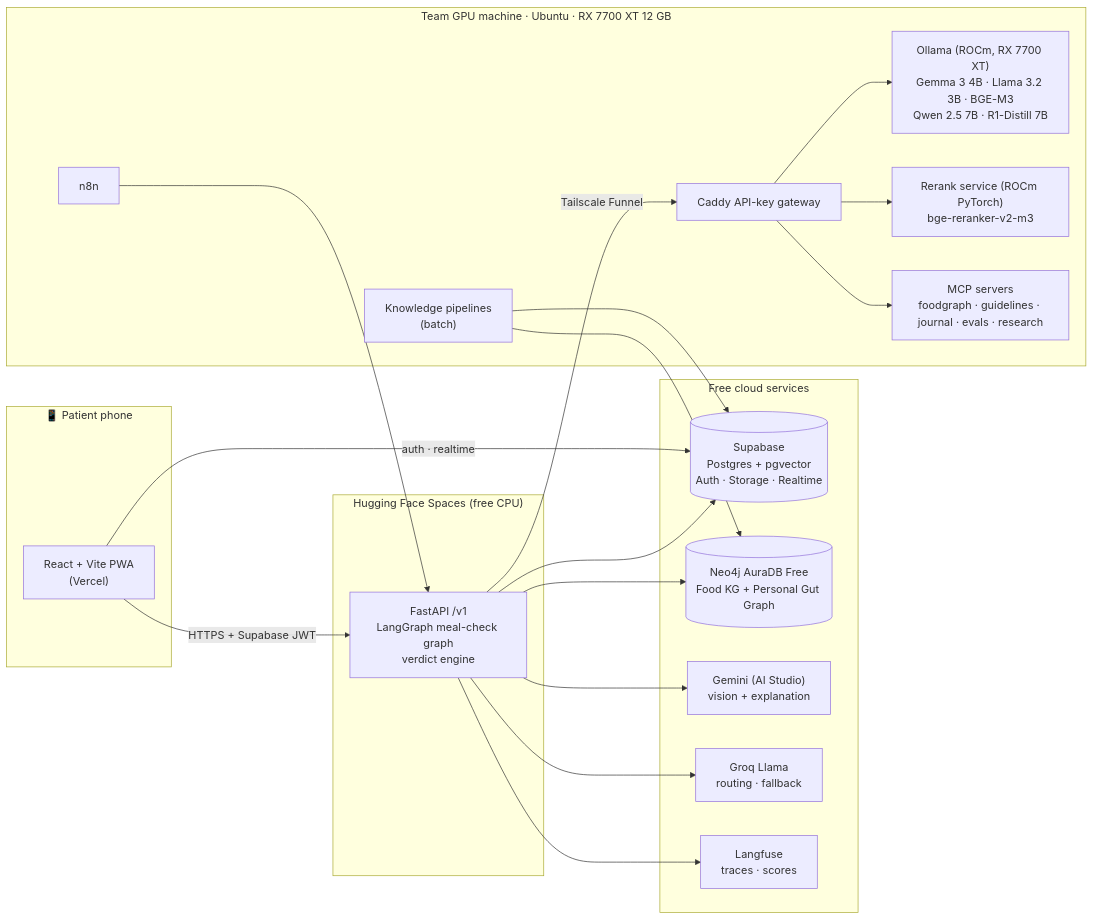
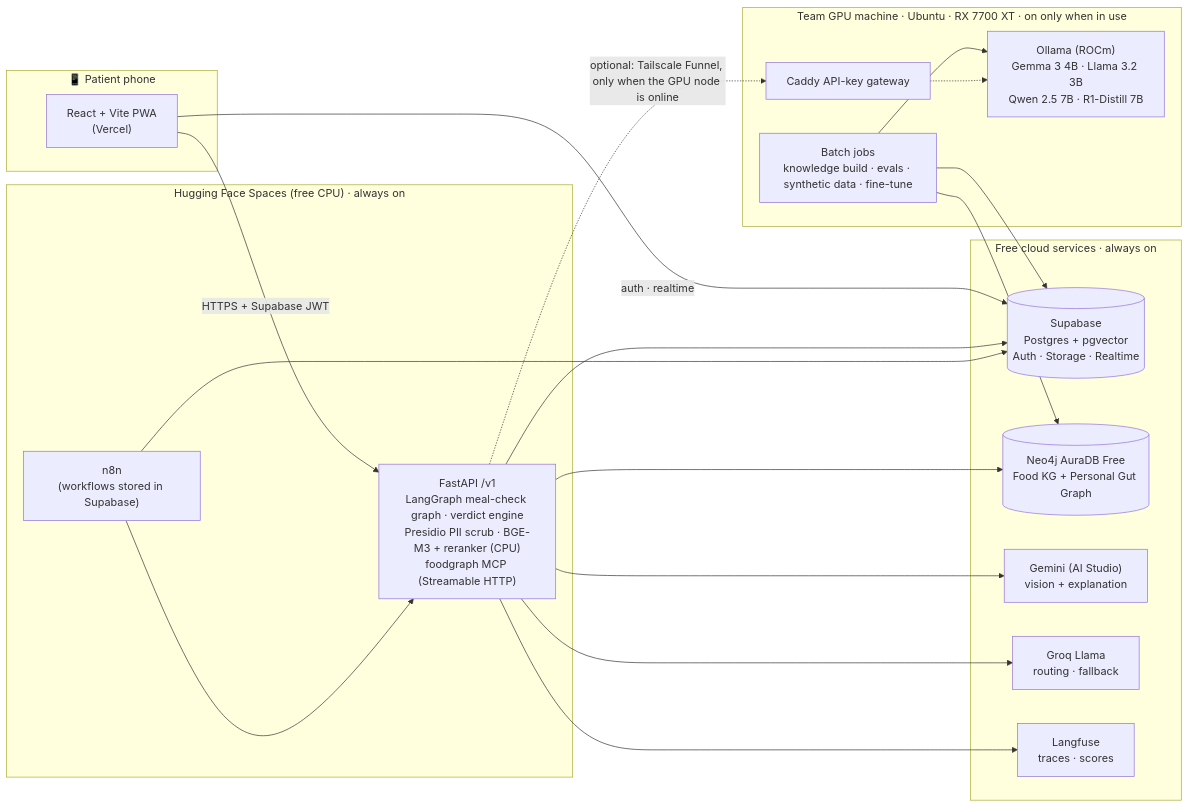
One commit to RyanAhmed911/HappyGut changed the first of 2 diagrams in docs/02-architecture.md. Above: the diagram before and after it, drawn with Mermaid. The commit also changed other lines of this file and 13 other files, not shown here.

First line of the commit message:
Cloud-first runtime: the live app never depends on the GPU machine

````diff
--- a/docs/02-architecture.md
+++ b/docs/02-architecture.md
@@ -7,38 +7,36 @@
 ```mermaid
 flowchart LR
     subgraph Phone["📱 Patient phone"]
         PWA["React + Vite PWA<br/>(Vercel)"]
     end
-    subgraph HF["Hugging Face Spaces (free CPU)"]
-        API["FastAPI /v1<br/>LangGraph meal-check graph<br/>verdict engine"]
+    subgraph HF["Hugging Face Spaces (free CPU) · always on"]
+        API["FastAPI /v1<br/>LangGraph meal-check graph · verdict engine<br/>Presidio PII scrub · BGE-M3 + reranker (CPU)<br/>foodgraph MCP (Streamable HTTP)"]
+        N8N["n8n<br/>(workflows stored in Supabase)"]
     end
-    subgraph Cloud["Free cloud services"]
+    subgraph Cloud["Free cloud services · always on"]
         SB[("Supabase<br/>Postgres + pgvector<br/>Auth · Storage · Realtime")]
         NEO[("Neo4j AuraDB Free<br/>Food KG + Personal Gut Graph")]
         GEM["Gemini (AI Studio)<br/>vision + explanation"]
         GROQ["Groq Llama<br/>routing · fallback"]
         LF["Langfuse<br/>traces · scores"]
     end
-    subgraph GPU["Team GPU machine · Ubuntu · RX 7700 XT 12 GB"]
+    subgraph GPU["Team GPU machine · Ubuntu · RX 7700 XT · on only when in use"]
+        PIPE["Batch jobs<br/>knowledge build · evals · synthetic data · fine-tune"]
+        OLL["Ollama (ROCm)<br/>Gemma 3 4B · Llama 3.2 3B<br/>Qwen 2.5 7B · R1-Distill 7B"]
         GW["Caddy API-key gateway"]
-        OLL["Ollama (ROCm, RX 7700 XT)<br/>Gemma 3 4B · Llama 3.2 3B · BGE-M3<br/>Qwen 2.5 7B · R1-Distill 7B"]
-        EMB["Rerank service (ROCm PyTorch)<br/>bge-reranker-v2-m3"]
-        MCP["MCP servers<br/>foodgraph · guidelines · journal · evals · research"]
-        N8N["n8n"]
-        PIPE["Knowledge pipelines<br/>(batch)"]
     end
     PWA -- HTTPS + Supabase JWT --> API
     PWA -- auth · realtime --> SB
     API --> SB
     API --> NEO
     API --> GEM
     API --> GROQ
-    API -- "Tailscale Funnel" --> GW
-    GW --> OLL
-    GW --> EMB
-    GW --> MCP
     API --> LF
     N8N --> API
+    N8N --> SB
+    PIPE --> OLL
     PIPE --> SB
     PIPE --> NEO
+    API -. "optional: Tailscale Funnel, only when the GPU node is online" .-> GW
+    GW -.-> OLL
 ```
````
